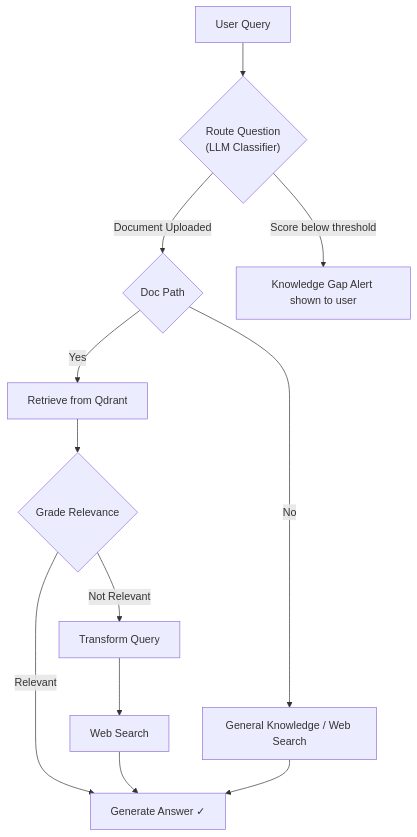
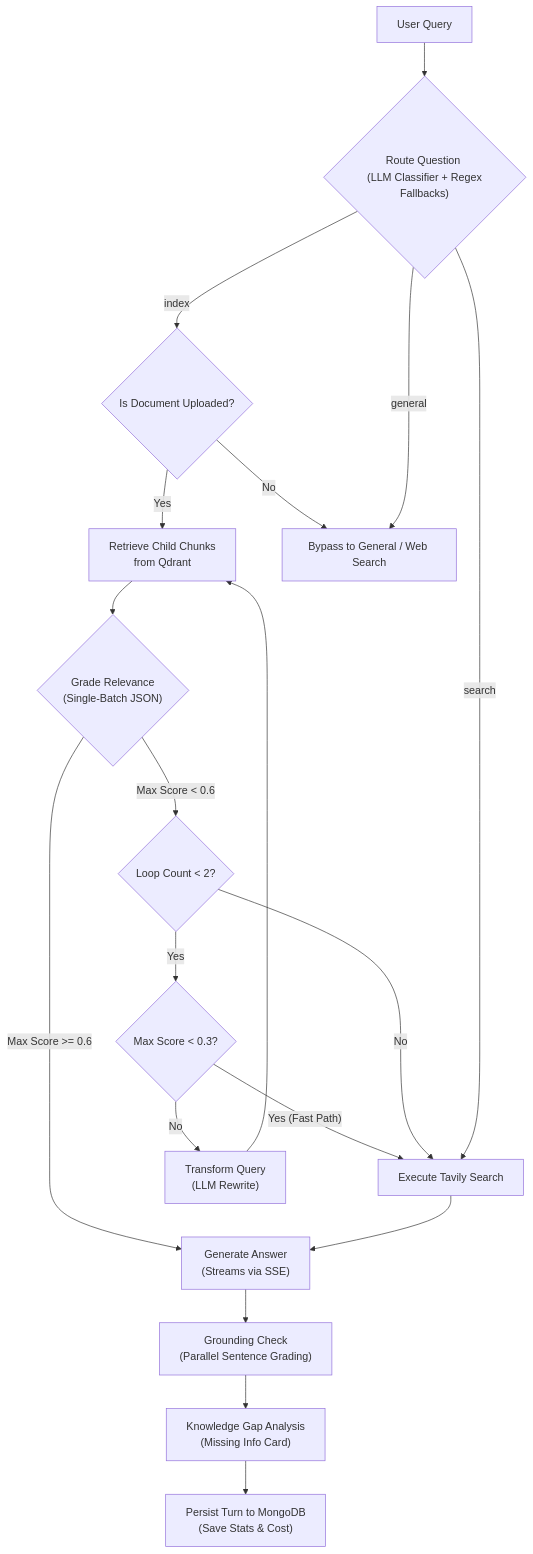
Before and after one commit to Aditya0105singh/Adaptive-RAG---knowledge-retrieval: the second of 2 diagrams in README.md, drawn with Mermaid. The commit also changed other lines of this file and 2 other files, not shown here.

Commit message:
docs: rewrite README for portfolio clarity, enhance UI and chat stop functionality

````diff
--- a/README.md
+++ b/README.md
@@ -67,17 +70,27 @@
 ```mermaid
 flowchart TD
-    Q["User Query"] --> R{"Route Question <br> (LLM Classifier)"}
+    Q["User Query"] --> R{"Route Question <br/> (LLM Classifier + Regex Fallbacks)"}
     
-    R -->|"Document Uploaded"| Doc{"Doc Path"}
-    Doc -->|"Yes"| Ret["Retrieve from Qdrant"]
-    Ret --> Grade{"Grade Relevance"}
-    Grade -->|"Relevant"| Gen["Generate Answer ✓"]
-    Grade -->|"Not Relevant"| Trans["Transform Query"]
-    Trans --> Web["Web Search"]
+    R -->|"index"| DocCheck{"Is Document Uploaded?"}
+    DocCheck -->|"Yes"| Ret["Retrieve Child Chunks <br/> from Qdrant"]
+    DocCheck -->|"No"| GenDirect["Bypass to General / Web Search"]
+    
+    Ret --> Grade{"Grade Relevance <br/> (Single-Batch JSON)"}
+    Grade -->|"Max Score >= 0.6"| Gen["Generate Answer <br/> (Streams via SSE)"]
+    Grade -->|"Max Score < 0.6"| CheckLoop{"Loop Count < 2?"}
+    
+    CheckLoop -->|"Yes"| CheckFastPath{"Max Score < 0.3?"}
+    CheckFastPath -->|"Yes (Fast Path)"| Web["Execute Tavily Search"]
+    CheckFastPath -->|"No"| Trans["Transform Query <br/> (LLM Rewrite)"]
+    
+    Trans --> Ret
+    CheckLoop -->|"No"| Web
     Web --> Gen
     
-    Doc -->|"No"| NoDoc["General Knowledge / Web Search"]
-    NoDoc --> Gen
+    R -->|"search"| Web
+    R -->|"general"| GenDirect
     
-    R -->|"Score below threshold"| Alert["Knowledge Gap Alert shown to user"]
+    Gen --> GroundCheck["Grounding Check <br/> (Parallel Sentence Grading)"]
+    GroundCheck --> GapAnalysis["Knowledge Gap Analysis <br/> (Missing Info Card)"]
+    GapAnalysis --> DB["Persist Turn to MongoDB <br/> (Save Stats & Cost)"]
 ```
````
